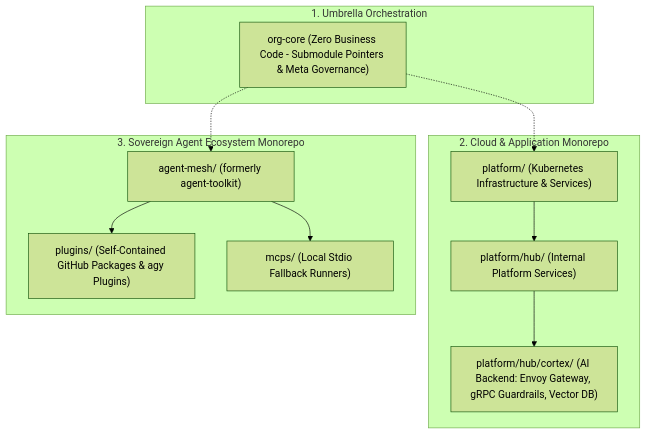
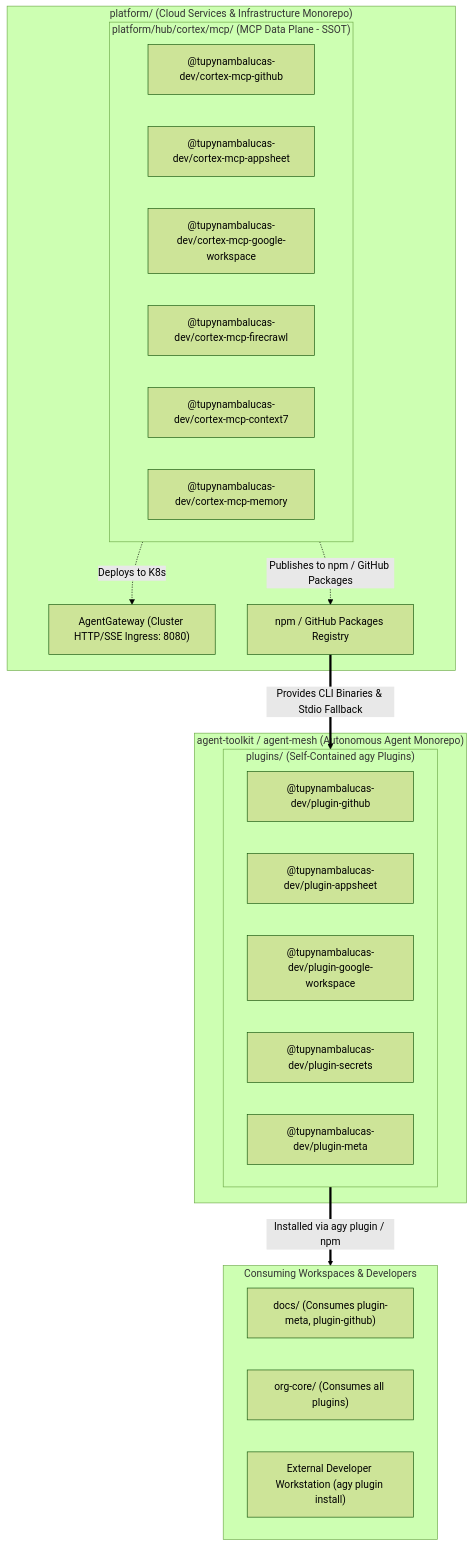
Before and after one commit to tupynambalucas-dev/agent-mesh: the first of 3 diagrams in references/cortex-gateway-and-self-contained-agent-mesh-architecture.md, drawn with Mermaid (forest theme). The commit also changed other lines of this file, not shown here.

Commit message:
docs(architecture): consolidate cortex mcp ssot and plugin package distribution

````diff
--- a/references/cortex-gateway-and-self-contained-agent-mesh-architecture.md
+++ b/references/cortex-gateway-and-self-contained-agent-mesh-architecture.md
@@ -32,24 +19,35 @@
 ```mermaid
 flowchart TD
-    subgraph MetaRepo ["1. Umbrella Orchestration"]
-        OrgCore["org-core (Zero Business Code - Submodule Pointers & Meta Governance)"]
+    subgraph PlatformRepo ["platform/ (Cloud Services & Infrastructure Monorepo)"]
+        subgraph CortexHub ["platform/hub/cortex/mcp/ (MCP Data Plane - SSOT)"]
+            MCPGitHub["@tupynambalucas-dev/cortex-mcp-github"]
+            MCPAppSheet["@tupynambalucas-dev/cortex-mcp-appsheet"]
+            MCPGWork["@tupynambalucas-dev/cortex-mcp-google-workspace"]
+            MCPFirecrawl["@tupynambalucas-dev/cortex-mcp-firecrawl"]
+            MCPContext7["@tupynambalucas-dev/cortex-mcp-context7"]
+            MCPMemory["@tupynambalucas-dev/cortex-mcp-memory"]
+        end
+        EnvoyGateway["AgentGateway (Cluster HTTP/SSE Ingress: 8080)"]
+        CortexHub -. "Deploys to K8s" .-> EnvoyGateway
+        CortexHub -. "Publishes to npm / GitHub Packages" .-> NPMRegistry["npm / GitHub Packages Registry"]
     end
 
-    subgraph ServiceRepo ["2. Cloud & Application Monorepo"]
-        Platform["platform/ (Kubernetes Infrastructure & Services)"]
-        Hub["platform/hub/ (Internal Platform Services)"]
-        Cortex["platform/hub/cortex/ (AI Backend: Envoy Gateway, gRPC Guardrails, Vector DB)"]
-        Platform --> Hub --> Cortex
+    subgraph AgentMeshRepo ["agent-toolkit / agent-mesh (Autonomous Agent Monorepo)"]
+        subgraph PluginsWorkspace ["plugins/ (Self-Contained agy Plugins)"]
+            PluginGH["@tupynambalucas-dev/plugin-github"]
+            PluginAppSheet["@tupynambalucas-dev/plugin-appsheet"]
+            PluginGWork["@tupynambalucas-dev/plugin-google-workspace"]
+            PluginSecrets["@tupynambalucas-dev/plugin-secrets"]
+            PluginMeta["@tupynambalucas-dev/plugin-meta"]
+        end
     end
 
-    subgraph AgentRepo ["3. Sovereign Agent Ecosystem Monorepo"]
-        AgentMesh["agent-mesh/ (formerly agent-toolkit)"]
-        Plugins["plugins/ (Self-Contained GitHub Packages & agy Plugins)"]
-        LocalMCPs["mcps/ (Local Stdio Fallback Runners)"]
-        AgentMesh --> Plugins
-        AgentMesh --> LocalMCPs
+    subgraph ConsumingProjects ["Consuming Workspaces & Developers"]
+        DocsApp["docs/ (Consumes plugin-meta, plugin-github)"]
+        CoreUmbrella["org-core/ (Consumes all plugins)"]
+        ExternalDev["External Developer Workstation (agy plugin install)"]
     end
 
-    OrgCore -.-> Platform
-    OrgCore -.-> AgentMesh
+    NPMRegistry ==>|Provides CLI Binaries & Stdio Fallback| PluginsWorkspace
+    PluginsWorkspace ==>|Installed via agy plugin / npm| ConsumingProjects
 ```
````
